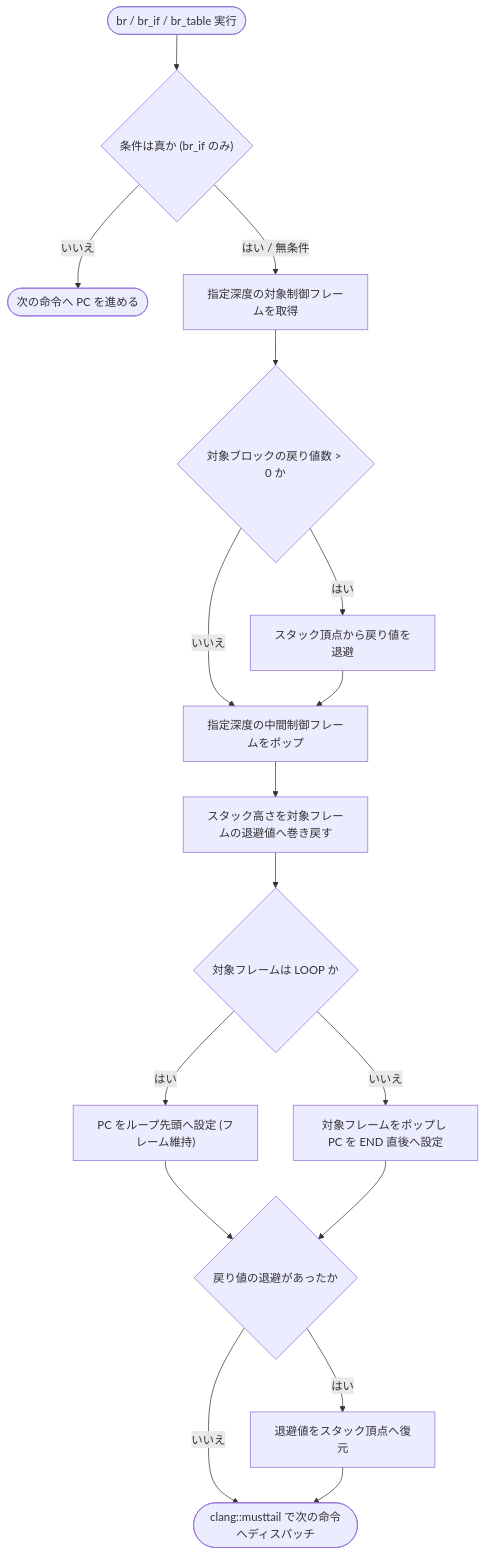
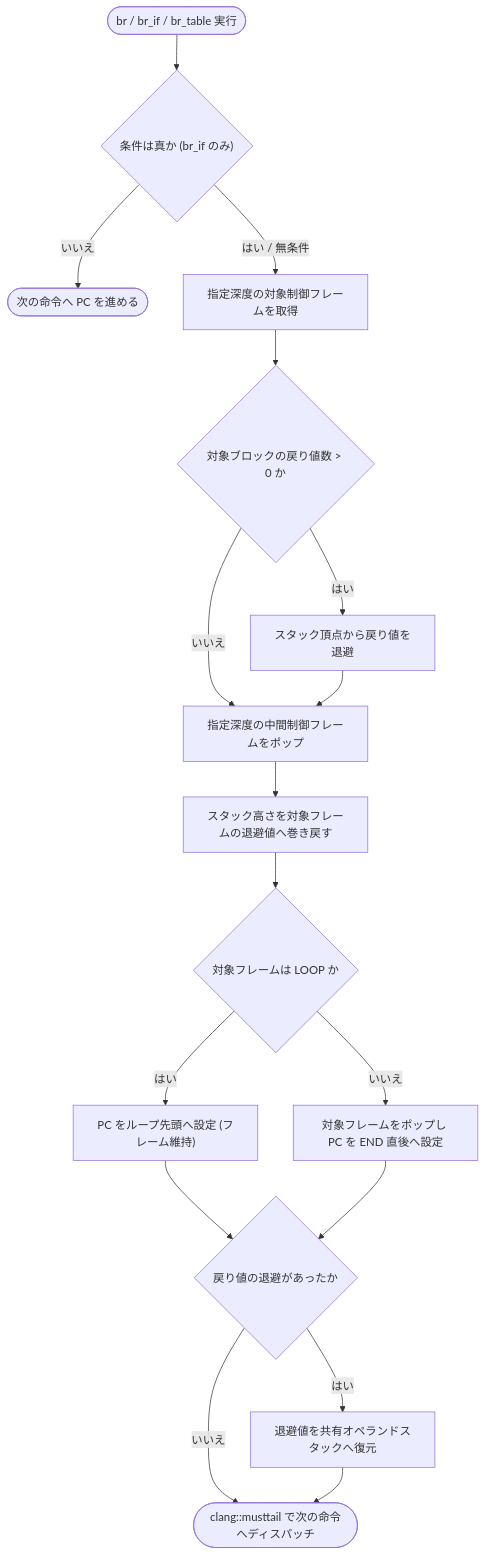
One commit to kmt-t/fireball changed the second of 5 diagrams in docs/components/tier2_runtime/interpreter.md. Above: the diagram before and after it, drawn with Mermaid. The commit also changed other lines of this file and 109 other files, not shown here.

````diff
--- a/docs/components/tier2_runtime/interpreter.md
+++ b/docs/components/tier2_runtime/interpreter.md
@@ -224,24 +227,24 @@
 ```mermaid
 flowchart TD
     Start(["br / br_if / br_table 実行"]) --> CheckCond{"条件は真か (br_if のみ)"}
     CheckCond -- "いいえ" --> NextPC(["次の命令へ PC を進める"])
     CheckCond -- "はい / 無条件" --> FetchTarget["指定深度の対象制御フレームを取得"]
 
     FetchTarget --> CheckArity{"対象ブロックの戻り値数 > 0 か"}
     CheckArity -- "はい" --> SaveVal["スタック頂点から戻り値を退避"]
     CheckArity -- "いいえ" --> Prune["指定深度の中間制御フレームをポップ"]
 
     SaveVal --> Prune
     Prune --> RewindStack["スタック高さを対象フレームの退避値へ巻き戻す"]
     RewindStack --> CheckLoop{"対象フレームは LOOP か"}
 
     CheckLoop -- "はい" --> LoopBranch["PC をループ先頭へ設定 (フレーム維持)"]
     CheckLoop -- "いいえ" --> BlockBranch["対象フレームをポップし PC を END 直後へ設定"]
 
     LoopBranch --> RestoreVal{"戻り値の退避があったか"}
     BlockBranch --> RestoreVal
 
-    RestoreVal -- "はい" --> SetTOS["退避値をスタック頂点へ復元"]
+    RestoreVal -- "はい" --> SetStack["退避値を共有オペランドスタックへ復元"]
     RestoreVal -- "いいえ" --> Dispatch
-    SetTOS --> Dispatch(["clang::musttail で次の命令へディスパッチ"])
+    SetStack --> Dispatch(["clang::musttail で次の命令へディスパッチ"])
 ```
````
